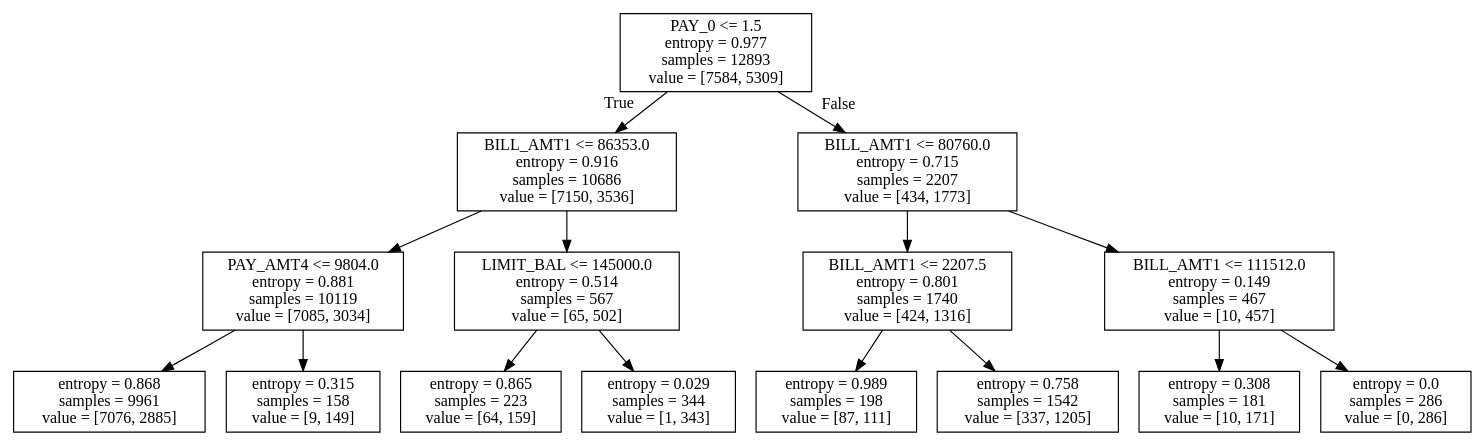
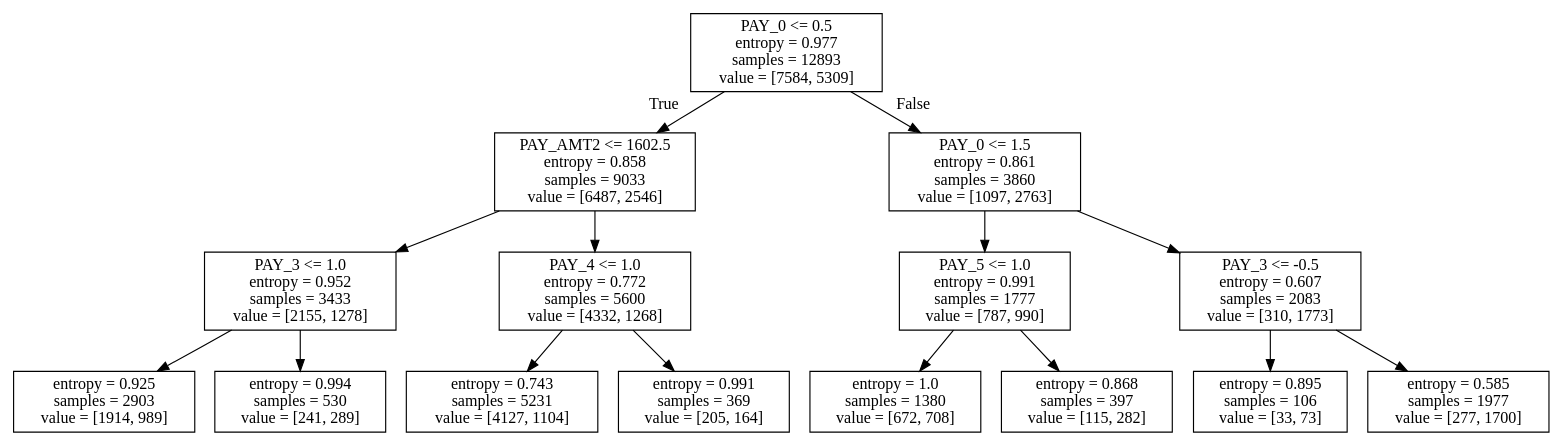
One commit to DiegoLeon23/SDC-PythonDataScience changed the diagram in data/creditcard_dtree.dot. Above: the diagram before and after it, drawn with Graphviz. The commit also changed 17 other files, not shown here.

```diff
--- a/data/creditcard_dtree.dot
+++ b/data/creditcard_dtree.dot
@@ -1,32 +1,32 @@
 digraph Tree {
 node [shape=box] ;
-0 [label="PAY_0 <= 1.5\nentropy = 0.977\nsamples = 12893\nvalue = [7584, 5309]"] ;
-1 [label="BILL_AMT1 <= 86353.0\nentropy = 0.916\nsamples = 10686\nvalue = [7150, 3536]"] ;
+0 [label="PAY_0 <= 0.5\nentropy = 0.977\nsamples = 12893\nvalue = [7584, 5309]"] ;
+1 [label="PAY_AMT2 <= 1602.5\nentropy = 0.858\nsamples = 9033\nvalue = [6487, 2546]"] ;
 0 -> 1 [labeldistance=2.5, labelangle=45, headlabel="True"] ;
-2 [label="PAY_AMT4 <= 9804.0\nentropy = 0.881\nsamples = 10119\nvalue = [7085, 3034]"] ;
+2 [label="PAY_3 <= 1.0\nentropy = 0.952\nsamples = 3433\nvalue = [2155, 1278]"] ;
 1 -> 2 ;
-3 [label="entropy = 0.868\nsamples = 9961\nvalue = [7076, 2885]"] ;
+3 [label="entropy = 0.925\nsamples = 2903\nvalue = [1914, 989]"] ;
 2 -> 3 ;
-4 [label="entropy = 0.315\nsamples = 158\nvalue = [9, 149]"] ;
+4 [label="entropy = 0.994\nsamples = 530\nvalue = [241, 289]"] ;
 2 -> 4 ;
-5 [label="LIMIT_BAL <= 145000.0\nentropy = 0.514\nsamples = 567\nvalue = [65, 502]"] ;
+5 [label="PAY_4 <= 1.0\nentropy = 0.772\nsamples = 5600\nvalue = [4332, 1268]"] ;
 1 -> 5 ;
-6 [label="entropy = 0.865\nsamples = 223\nvalue = [64, 159]"] ;
+6 [label="entropy = 0.743\nsamples = 5231\nvalue = [4127, 1104]"] ;
 5 -> 6 ;
-7 [label="entropy = 0.029\nsamples = 344\nvalue = [1, 343]"] ;
+7 [label="entropy = 0.991\nsamples = 369\nvalue = [205, 164]"] ;
 5 -> 7 ;
-8 [label="BILL_AMT1 <= 80760.0\nentropy = 0.715\nsamples = 2207\nvalue = [434, 1773]"] ;
+8 [label="PAY_0 <= 1.5\nentropy = 0.861\nsamples = 3860\nvalue = [1097, 2763]"] ;
 0 -> 8 [labeldistance=2.5, labelangle=-45, headlabel="False"] ;
-9 [label="BILL_AMT1 <= 2207.5\nentropy = 0.801\nsamples = 1740\nvalue = [424, 1316]"] ;
+9 [label="PAY_5 <= 1.0\nentropy = 0.991\nsamples = 1777\nvalue = [787, 990]"] ;
 8 -> 9 ;
-10 [label="entropy = 0.989\nsamples = 198\nvalue = [87, 111]"] ;
+10 [label="entropy = 1.0\nsamples = 1380\nvalue = [672, 708]"] ;
 9 -> 10 ;
-11 [label="entropy = 0.758\nsamples = 1542\nvalue = [337, 1205]"] ;
+11 [label="entropy = 0.868\nsamples = 397\nvalue = [115, 282]"] ;
 9 -> 11 ;
-12 [label="BILL_AMT1 <= 111512.0\nentropy = 0.149\nsamples = 467\nvalue = [10, 457]"] ;
+12 [label="PAY_3 <= -0.5\nentropy = 0.607\nsamples = 2083\nvalue = [310, 1773]"] ;
 8 -> 12 ;
-13 [label="entropy = 0.308\nsamples = 181\nvalue = [10, 171]"] ;
+13 [label="entropy = 0.895\nsamples = 106\nvalue = [33, 73]"] ;
 12 -> 13 ;
-14 [label="entropy = 0.0\nsamples = 286\nvalue = [0, 286]"] ;
+14 [label="entropy = 0.585\nsamples = 1977\nvalue = [277, 1700]"] ;
 12 -> 14 ;
 }
```
